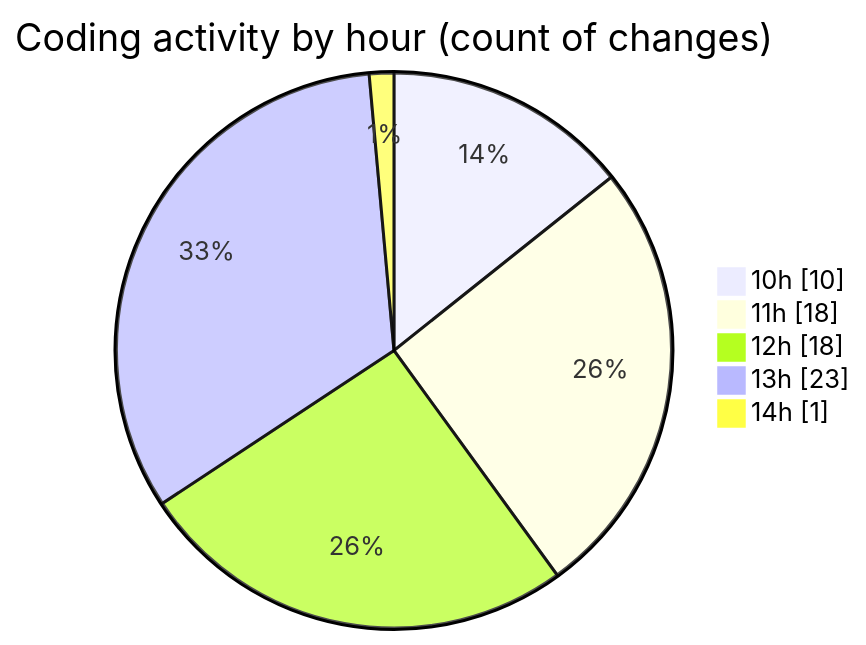
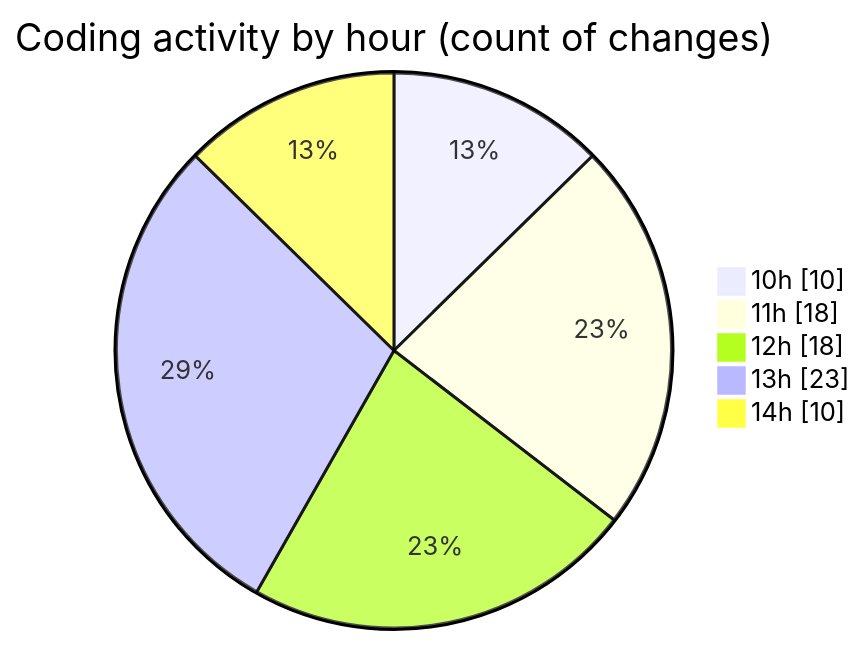
One commit to momahboobian/code-tracking changed the second of 2 diagrams in 2025-07-14/cda/README.md. Above: the diagram before and after it, drawn with Mermaid. The commit also changed other lines of this file and 1 other file, not shown here.

````diff
--- a/2025-07-14/cda/README.md
+++ b/2025-07-14/cda/README.md
@@ -35,9 +36,9 @@
 ```mermaid
 pie showData
 title Coding activity by hour (count of changes)
 "10h" : 10
 "11h" : 18
 "12h" : 18
 "13h" : 23
-"14h" : 1
+"14h" : 10
 ```
````
